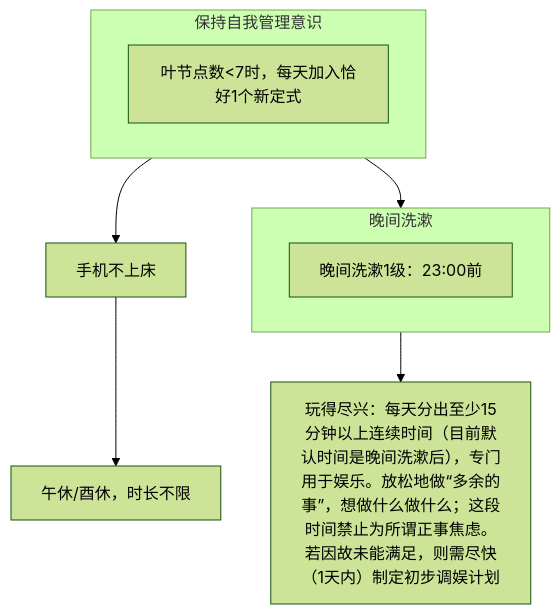
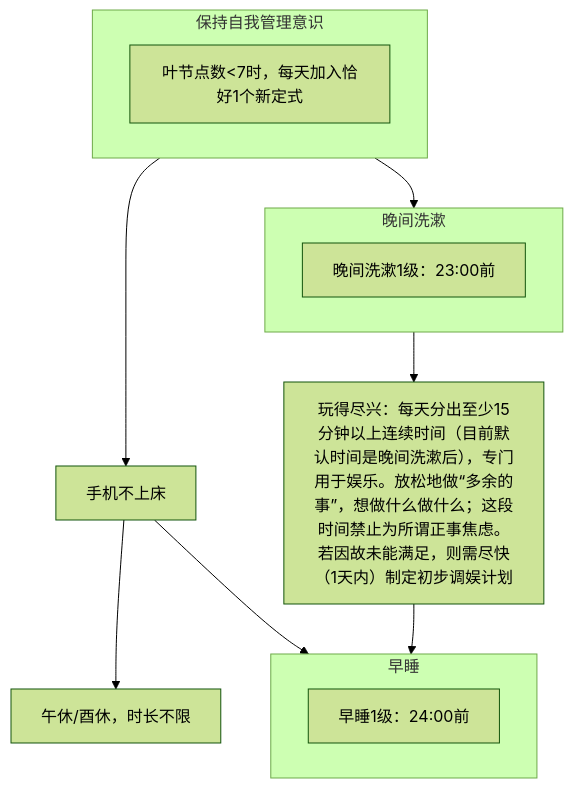
The diagram in README.md (Ethkuil/RSIP-tree), drawn with Mermaid (forest theme) before and after one commit.

Commit message:
insert #10: 早睡1级：24:00前

````diff
--- a/README.md
+++ b/README.md
@@ -7,16 +7,22 @@
 ```mermaid
 graph TD
 
 subgraph 5[保持自我管理意识]
 0[叶节点数<7时，每天加入恰好1个新定式]
 end
 
 5 --> 1[手机不上床]
 1 --> 2[午休/酉休，时长不限]
 
 5 --> 6
 subgraph 6[晚间洗漱]
 7[晚间洗漱1级：23:00前]
 end
 6 --> 8[玩得尽兴：每天分出至少15分钟以上连续时间（目前默认时间是晚间洗漱后），专门用于娱乐。放松地做“多余的事”，想做什么做什么；这段时间禁止为所谓正事焦虑。若因故未能满足，则需尽快（1天内）制定初步调娱计划]
+
+1 --> 9
+8 --> 9
+subgraph 9[早睡]
+10[早睡1级：24:00前]
+end
 ```
````
